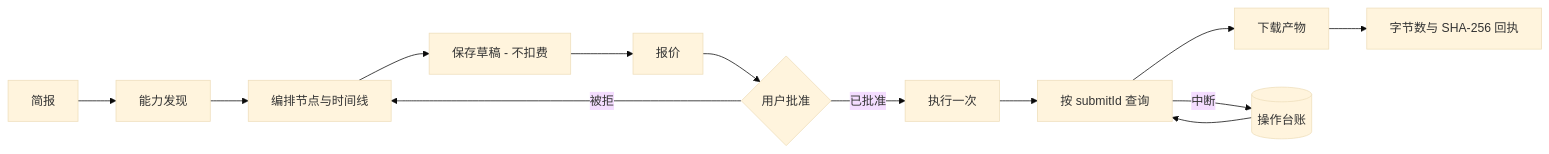
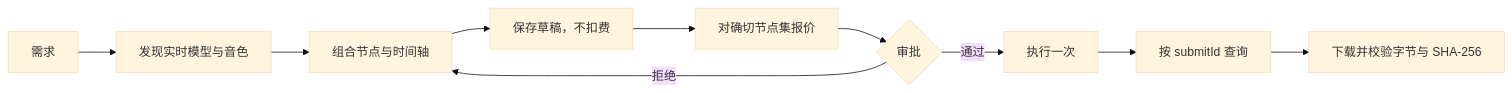
The diagram in README.zh-CN.md (full-aigc-plugins/dreamina-canvas-plugin), drawn with Mermaid (base theme) before and after one commit. The commit also changed other lines of this file and 3 other files, not shown here.

````diff
--- a/README.zh-CN.md
+++ b/README.zh-CN.md
@@ -145,15 +50,12 @@
 ```mermaid
 flowchart LR
-    A[简报] --> B[能力发现]
-    B --> C[编排节点与时间线]
-    C --> D[保存草稿 - 不扣费]
-    D --> E[报价]
-    E --> F{用户批准}
-    F -->|已批准| G[执行一次]
-    F -->|被拒| C
+    A[需求] --> B[发现实时模型与音色]
+    B --> C[组合节点与时间轴]
+    C --> D[保存草稿，不扣费]
+    D --> E[对确切节点集报价]
+    E --> F{审批}
+    F -->|通过| G[执行一次]
+    F -->|拒绝| C
     G --> H[按 submitId 查询]
-    H --> I[下载产物]
-    I --> J[字节数与 SHA-256 回执]
-    H -->|中断| K[(操作台账)]
-    K --> H
+    H --> I[下载并校验字节与 SHA-256]
 ```
````
